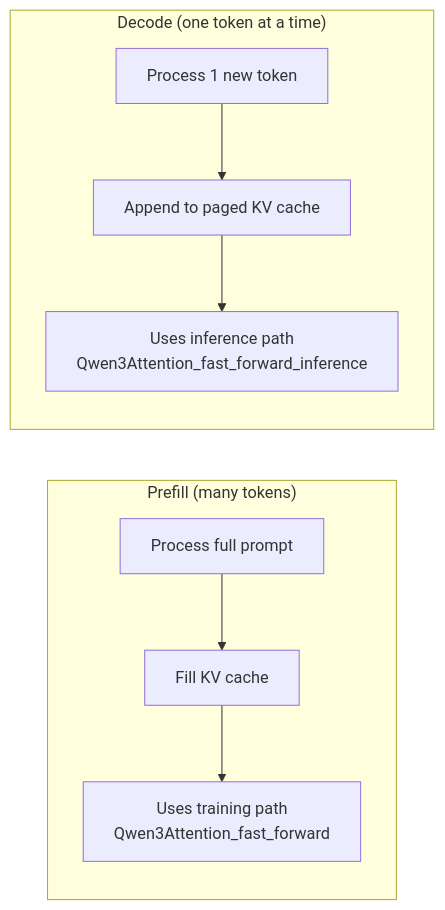
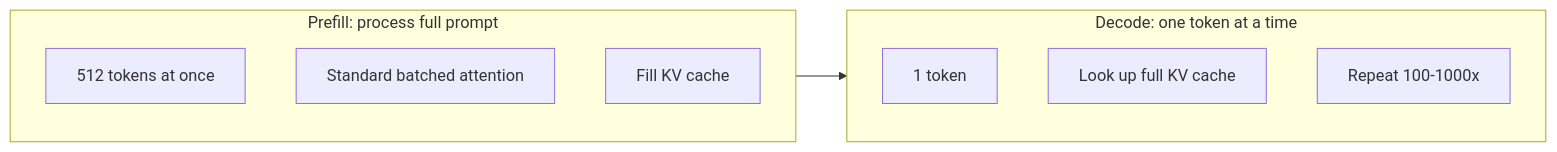
One commit to thefirehacker/firstbreakai changed the fourth of 6 diagrams in project-watch/unsloth-monkey-patching.qmd. Above: the diagram before and after it, drawn with Mermaid. The commit also changed other lines of this file and 9 other files, not shown here.

````diff
--- a/project-watch/unsloth-monkey-patching.qmd
+++ b/project-watch/unsloth-monkey-patching.qmd
@@ -517,9 +455,14 @@
 ```{mermaid}
 flowchart LR
-    subgraph prefill ["Prefill (many tokens)"]
-        P1["Process full prompt"] --> P2["Fill KV cache"] --> P3["Uses training path<br>Qwen3Attention_fast_forward"]
+    subgraph prefill ["Prefill: process full prompt"]
+        P1["512 tokens at once"]
+        P2["Standard batched attention"]
+        P3["Fill KV cache"]
     end
-    subgraph decode ["Decode (one token at a time)"]
-        D1["Process 1 new token"] --> D2["Append to paged KV cache"] --> D3["Uses inference path<br>Qwen3Attention_fast_forward_inference"]
+    subgraph decode ["Decode: one token at a time"]
+        D1["1 token"]
+        D2["Look up full KV cache"]
+        D3["Repeat 100-1000x"]
     end
+    prefill --> decode
 ```
````
